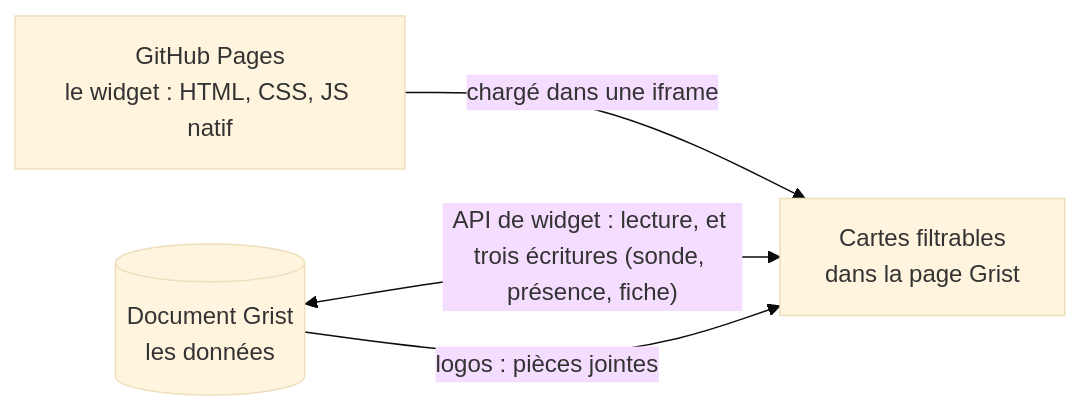
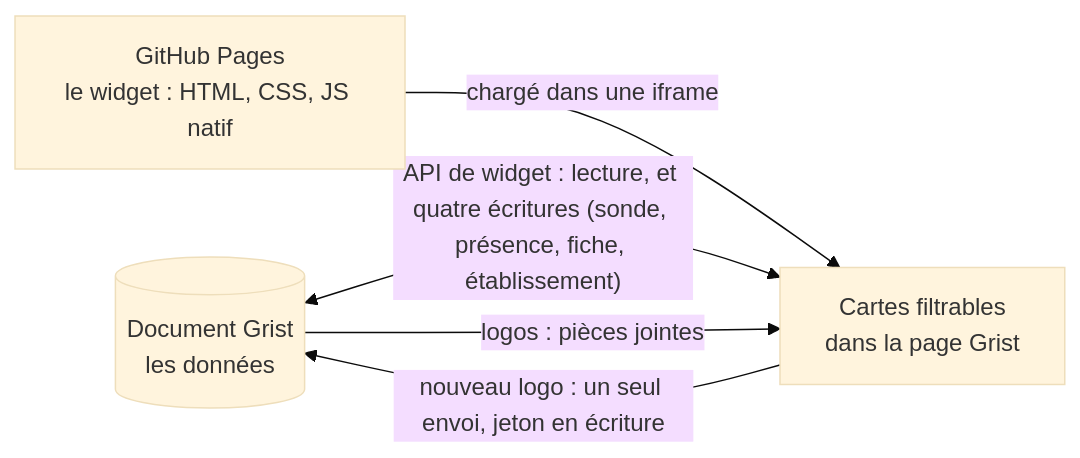
The diagram in README.md (lombre33/Annuaire_PUI_Bordeaux), drawn with Mermaid (base theme) before and after one commit. The commit also changed other lines of this file and 43 other files, not shown here.

````diff
--- a/README.md
+++ b/README.md
@@ -90,9 +91,10 @@
 ```mermaid
 flowchart LR
     grist[("Document Grist<br/>les données")]
     pages["GitHub Pages<br/>le widget : HTML, CSS, JS natif"]
     cards["Cartes filtrables<br/>dans la page Grist"]
     pages -->|"chargé dans une iframe"| cards
-    grist <-->|"API de widget : lecture, et trois écritures (sonde, présence, fiche)"| cards
+    grist <-->|"API de widget : lecture, et quatre écritures (sonde, présence, fiche, établissement)"| cards
     grist -->|"logos : pièces jointes"| cards
+    cards -->|"nouveau logo : un seul envoi, jeton en écriture"| grist
 ```
````
